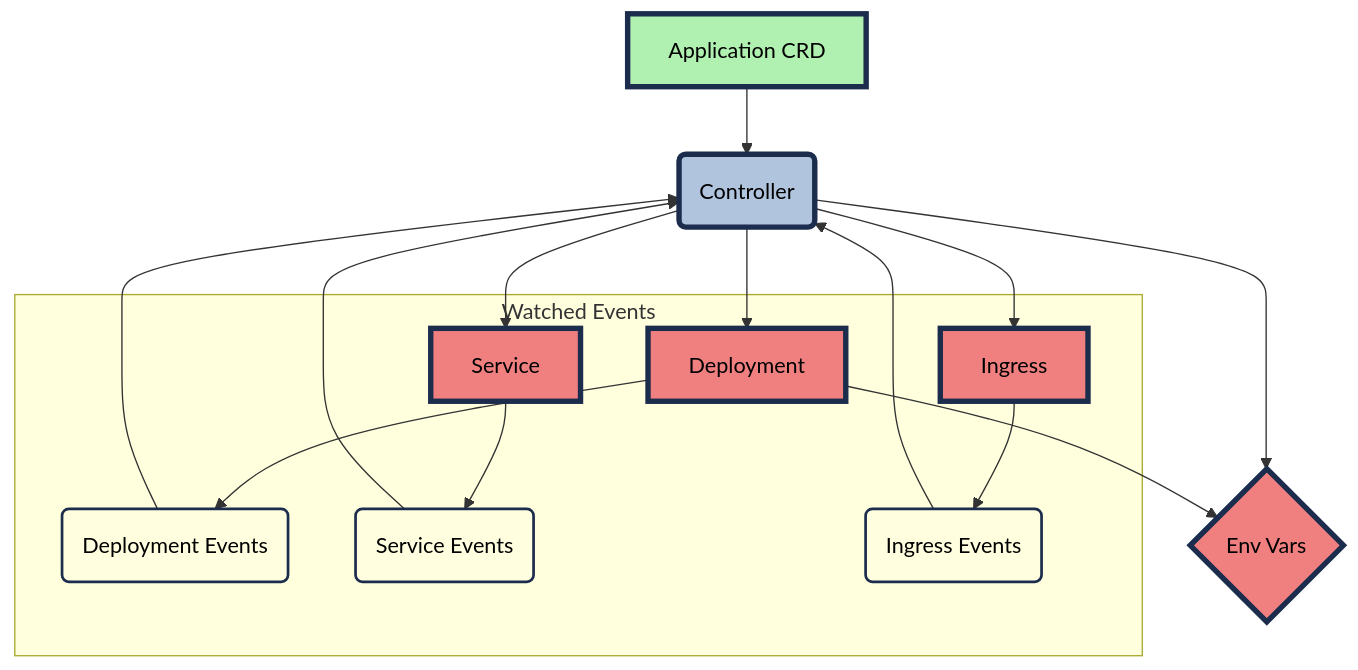
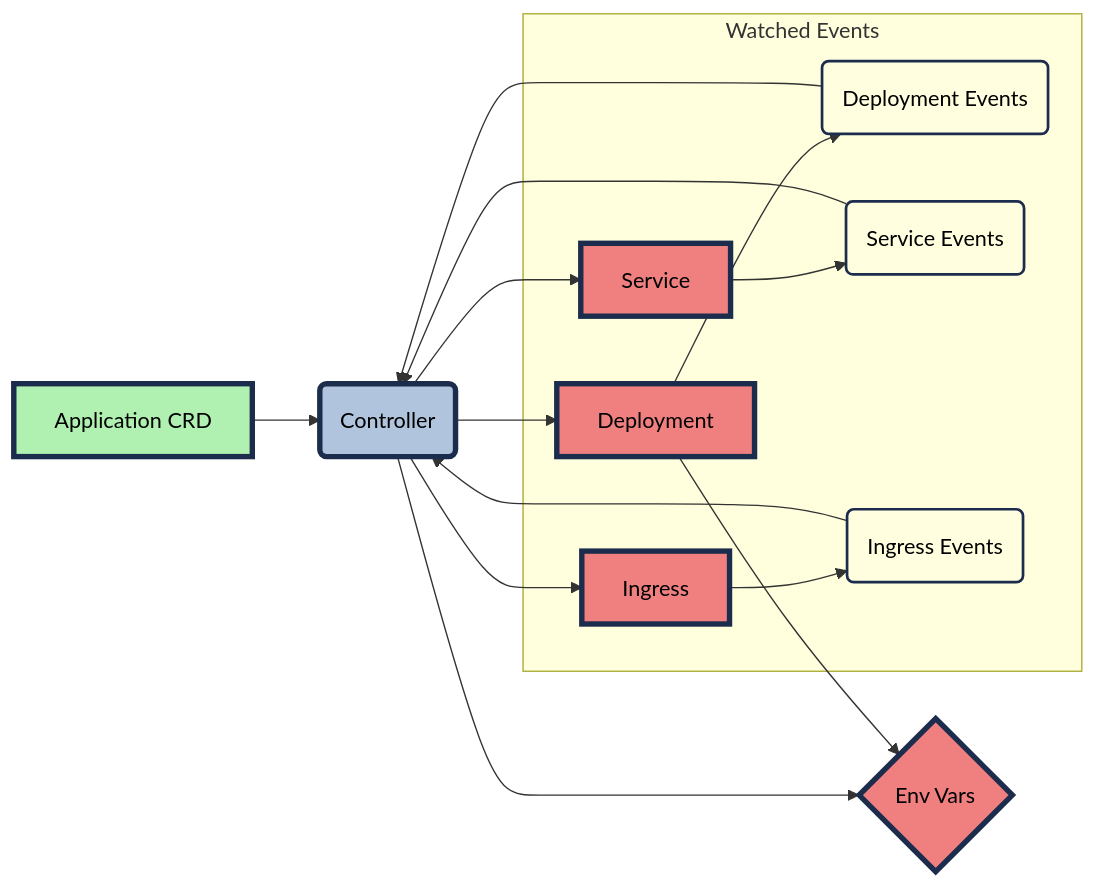
The diagram in README.md (sakiib/application-lifecycle-manager), drawn with Mermaid before and after one commit.

````diff
--- a/README.md
+++ b/README.md
@@ -63,26 +63,26 @@
 ```mermaid
-graph
+graph LR
     A[Application CRD] --> B(Controller);
     B --> C{Deployment};
     B --> D{Service};
     B --> E{Ingress};
     B --> F{Env Vars};
     C --> F{Env Vars};
     subgraph Watched Events
         C[Deployment] --> G(Deployment Events);
         D[Service] --> H(Service Events);
         E[Ingress] --> I(Ingress Events);
     end
     G --> B;
     H --> B;
     I --> B;
     style A fill:#b0f0b0,stroke:#1c2c4c,stroke-width:4px,color:#000
     style B fill:#b0c4de,stroke:#1c2c4c,stroke-width:4px,color:#000
     style C fill:#f08080,stroke:#1c2c4c,stroke-width:4px,color:#000
     style D fill:#f08080,stroke:#1c2c4c,stroke-width:4px,color:#000
     style E fill:#f08080,stroke:#1c2c4c,stroke-width:4px,color:#000
     style F fill:#f08080,stroke:#1c2c4c,stroke-width:4px,color:#000
     style G fill:#FFFFE0,stroke:#1c2c4c,stroke-width:2px,color:#000
     style H fill:#FFFFE0,stroke:#1c2c4c,stroke-width:2px,color:#000
     style I fill:#FFFFE0,stroke:#1c2c4c,stroke-width:2px,color:#000
 ```
````
